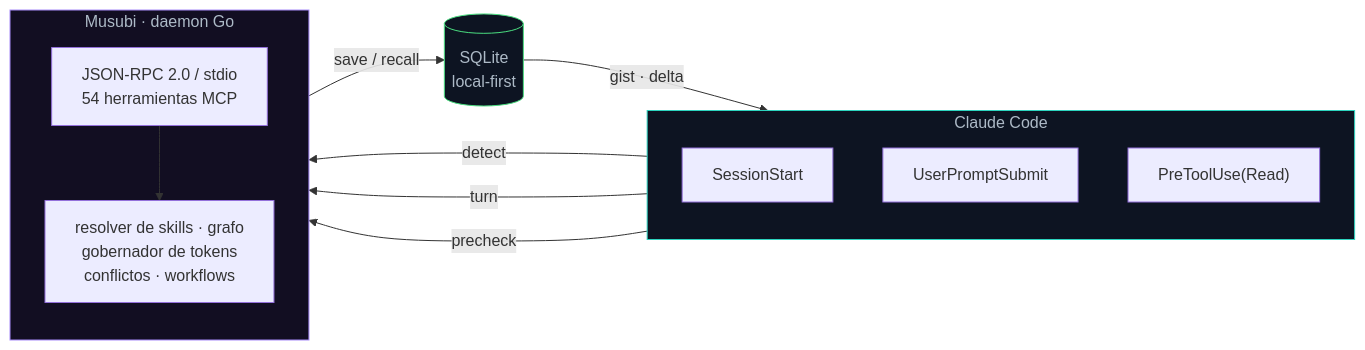
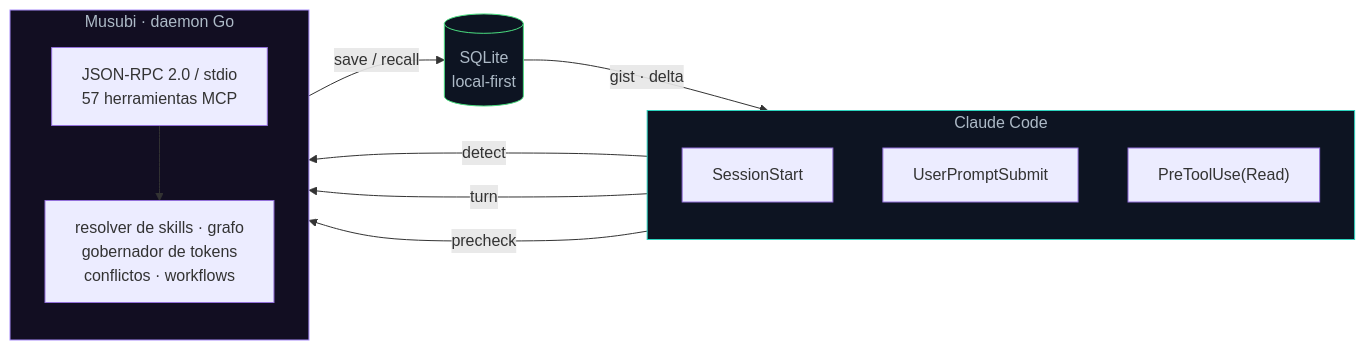
Before and after one commit to codeabraham16/musubi: the first of 3 diagrams in README.md, drawn with Mermaid. The commit also changed other lines of this file and 9 other files, not shown here.

````diff
--- a/README.md
+++ b/README.md
@@ -68,27 +68,27 @@
 ```mermaid
 flowchart LR
     subgraph CC["Claude Code"]
         direction TB
         H1["SessionStart"]
         H2["UserPromptSubmit"]
         H3["PreToolUse(Read)"]
     end
     subgraph M["Musubi · daemon Go"]
         direction TB
-        RPC["JSON-RPC 2.0 / stdio<br/>54 herramientas MCP"]
+        RPC["JSON-RPC 2.0 / stdio<br/>57 herramientas MCP"]
         COG["resolver de skills · grafo<br/>gobernador de tokens<br/>conflictos · workflows"]
     end
     DB[("SQLite<br/>local-first")]
 
     H1 -- "detect" --> RPC
     H2 -- "turn" --> RPC
     H3 -- "precheck" --> RPC
     RPC --> COG
     COG -- "save / recall" --> DB
     DB -- "gist · delta" --> CC
 
     classDef cc fill:#0d1422,stroke:#2dd4bf,color:#adbac7;
     classDef mm fill:#120e22,stroke:#a78bfa,color:#adbac7;
     classDef db fill:#0d1422,stroke:#4ade80,color:#adbac7;
     class CC cc; class M mm; class DB db;
 ```
````
